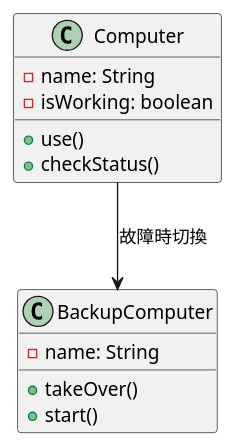
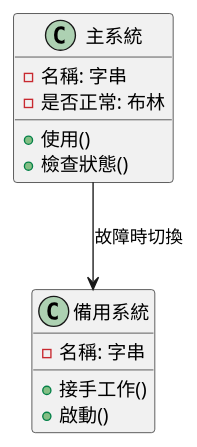
Before and after one commit to fine5351/info-sync: the first of 3 diagrams in doc/learning/architecture/availability_failover_tutorial.md, drawn with PlantUML. The commit also changed other lines of this file and 35 other files, not shown here.

````diff
--- a/doc/learning/architecture/availability_failover_tutorial.md
+++ b/doc/learning/architecture/availability_failover_tutorial.md
@@ -85,18 +85,18 @@
 ```plantuml
 @startuml
-class Computer {
-    - name: String
-    - isWorking: boolean
-    + use()
-    + checkStatus()
+class 主系統 {
+    - 名稱: 字串
+    - 是否正常: 布林
+    + 使用()
+    + 檢查狀態()
 }
 
-class BackupComputer {
-    - name: String
-    + takeOver()
-    + start()
+class 備用系統 {
+    - 名稱: 字串
+    + 接手工作()
+    + 啟動()
 }
 
-Computer --> BackupComputer : 故障時切換
+主系統 --> 備用系統 : 故障時切換
 @enduml
 ```
````
